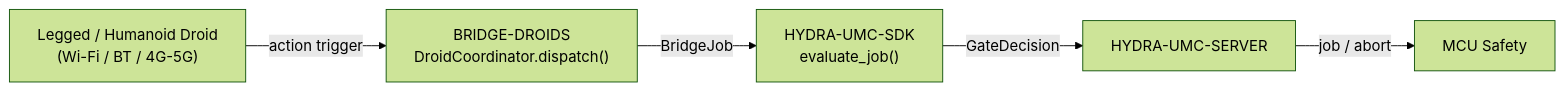
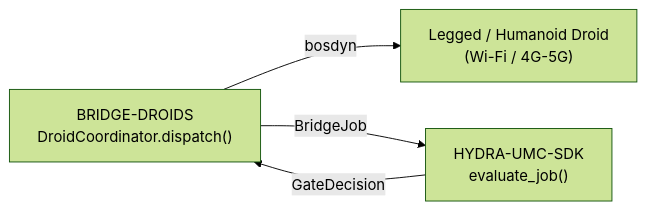
One commit to JuanenRac/HYDRA-UMC-BRIDGE-DROIDS changed the diagram in README.md. Above: the diagram before and after it, drawn with Mermaid (forest theme). The commit also changed other lines of this file and 20 other files, not shown here.

````diff
--- a/README.md
+++ b/README.md
@@ -50,7 +51,6 @@
 ```mermaid
 flowchart LR
-    DROID["Legged / Humanoid Droid<br/>(Wi-Fi / BT / 4G-5G)"] -- "action trigger" --> BRIDGE["BRIDGE-DROIDS<br/>DroidCoordinator.dispatch()"]
+    BRIDGE["BRIDGE-DROIDS<br/>DroidCoordinator.dispatch()"] -- "bosdyn" --> DROID["Legged / Humanoid Droid<br/>(Wi-Fi / 4G-5G)"]
     BRIDGE -- BridgeJob --> SDK["HYDRA-UMC-SDK<br/>evaluate_job()"]
-    SDK -- GateDecision --> SERVER["HYDRA-UMC-SERVER"]
-    SERVER -- "job / abort" --> MCU["MCU Safety"]
+    SDK -- GateDecision --> BRIDGE
 ```
````
